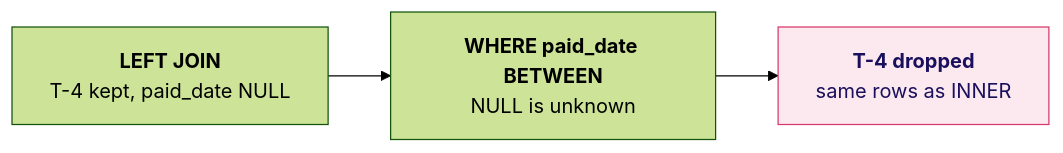
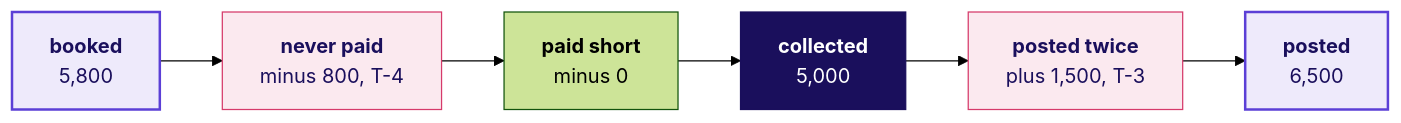
Before and after one commit to fde-academy-lab/c2-content-factory: diagram 16 of 25 in content/W02/D2/slides/C2_W02_D02_half1_STUDENT.md, drawn with Mermaid (forest theme). The commit also changed other lines of this file and 11 other files, not shown here.

````diff
--- a/content/W02/D2/slides/C2_W02_D02_half1_STUDENT.md
+++ b/content/W02/D2/slides/C2_W02_D02_half1_STUDENT.md
@@ -766,9 +1148,14 @@
 ```mermaid
 flowchart LR
-    L["<b>LEFT JOIN</b><br/>T-4 kept, paid_date NULL"] --> W["<b>WHERE paid_date BETWEEN</b><br/>NULL is unknown"]
-    W --> X["<b>T-4 dropped</b><br/>same rows as INNER"]
+    B["<b>booked</b><br/>5,800"] --> N["<b>never paid</b><br/>minus 800, T-4"]
+    N --> S["<b>paid short</b><br/>minus 0"]
+    S --> C["<b>collected</b><br/>5,000"]
+    C --> T["<b>posted twice</b><br/>plus 1,500, T-3"]
+    T --> P["<b>posted</b><br/>6,500"]
     classDef known fill:#EEEAFB,stroke:#5B3FD6,color:#1A0F5C,stroke-width:2px
     classDef bad fill:#FBE9EF,stroke:#D63A6A,color:#1A0F5C
-    classDef unknown fill:#FFFFFF,stroke:#B8B2D6,color:#6B6690,stroke-dasharray:4 3
-    class X bad
+    classDef bet fill:#1A0F5C,stroke:#1A0F5C,color:#FFFFFF
+    class B,P known
+    class N,T bad
+    class C bet
 ```
````
